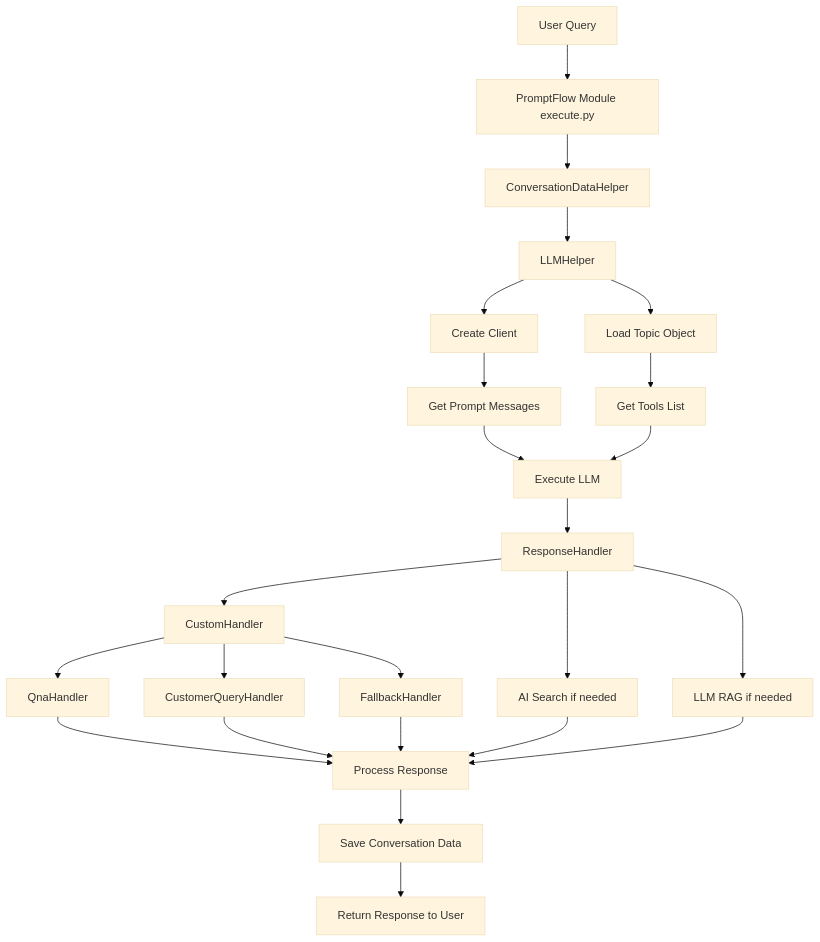
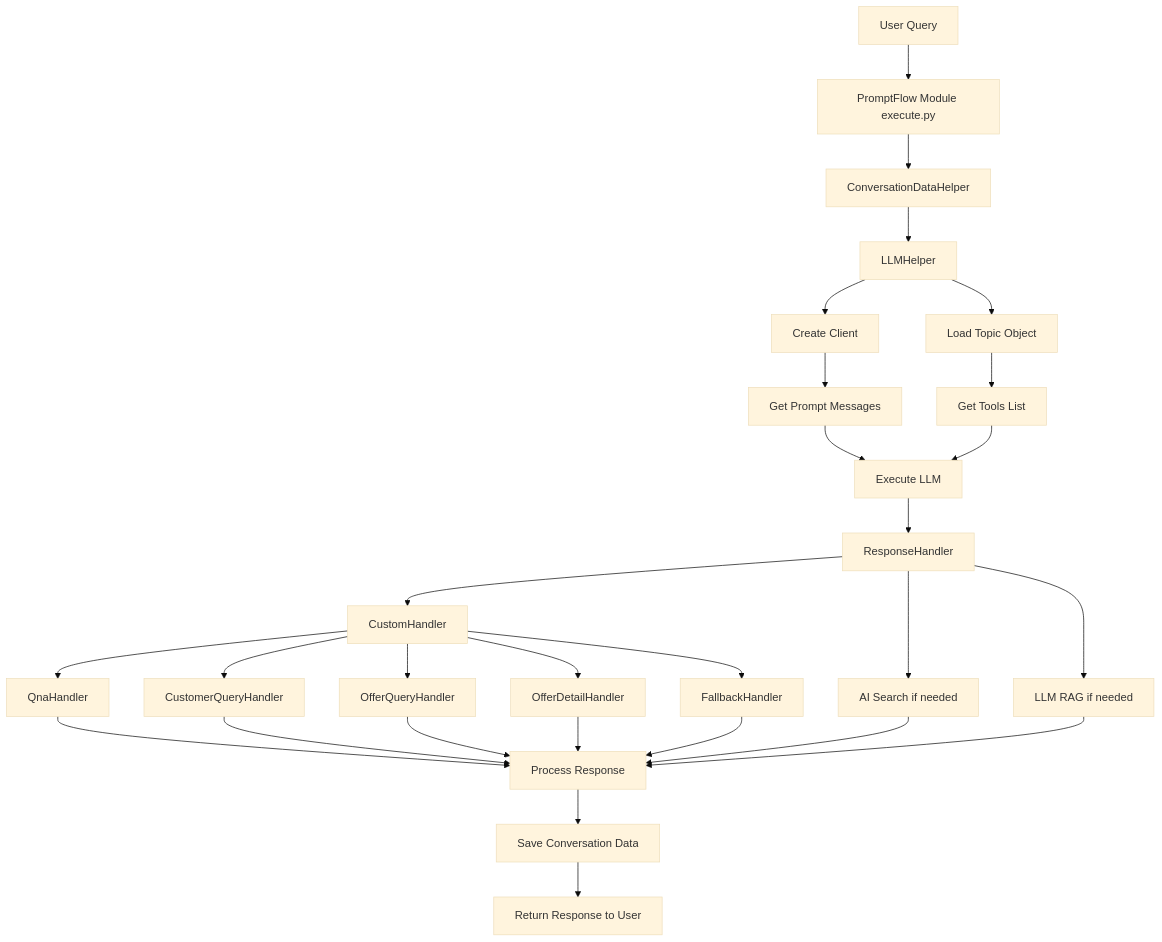
Before and after one commit to azureaidemos/azure-ai-promptflow-accelerator: the first of 2 diagrams in README.md, drawn with Mermaid (base theme). The commit also changed 2 other files, not shown here.

Commit message:
Update Custom Handler

````diff
--- a/README.md
+++ b/README.md
@@ -168,26 +168,30 @@
 ```mermaid
 graph TD
     A[User Query] --> B[PromptFlow Module execute.py]
     B --> C[ConversationDataHelper]
     C --> D[LLMHelper]
     D --> E[Create Client]
     D --> F[Load Topic Object]
     E --> G[Get Prompt Messages]
     F --> H[Get Tools List]
     G --> I[Execute LLM]
     H --> I
     I --> J[ResponseHandler]
     J --> K[CustomHandler]
     J --> L[AI Search if needed]
     J --> M[LLM RAG if needed]
     K --> N[QnaHandler]
     K --> O[CustomerQueryHandler]
+    K --> P[OfferQueryHandler]
+    K --> Q[OfferDetailHandler]
     K --> R[FallbackHandler]
     N --> S[Process Response]
     O --> S
+    P --> S
+    Q --> S
     R --> S
     L --> S
     M --> S
     S --> T[Save Conversation Data]
     T --> U[Return Response to User]
 ```
````
